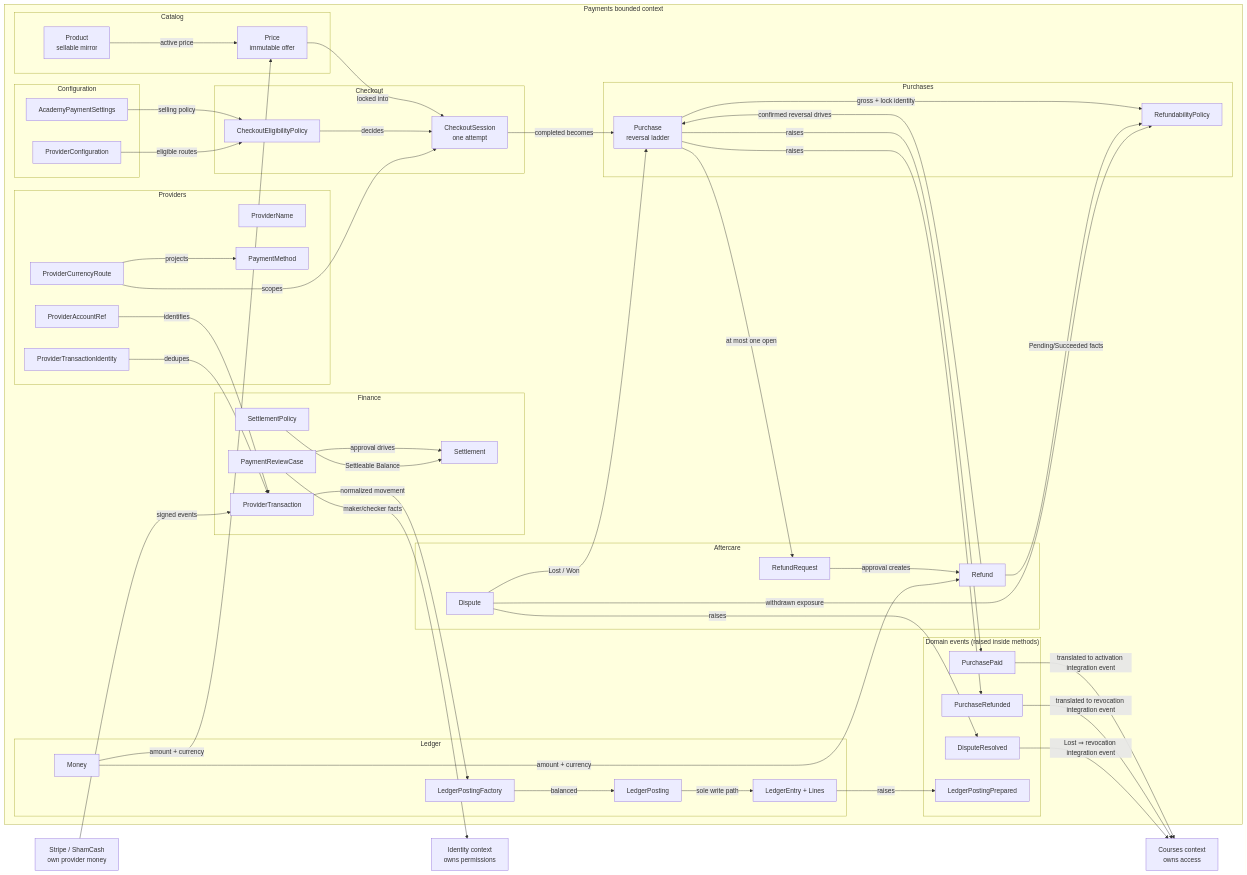
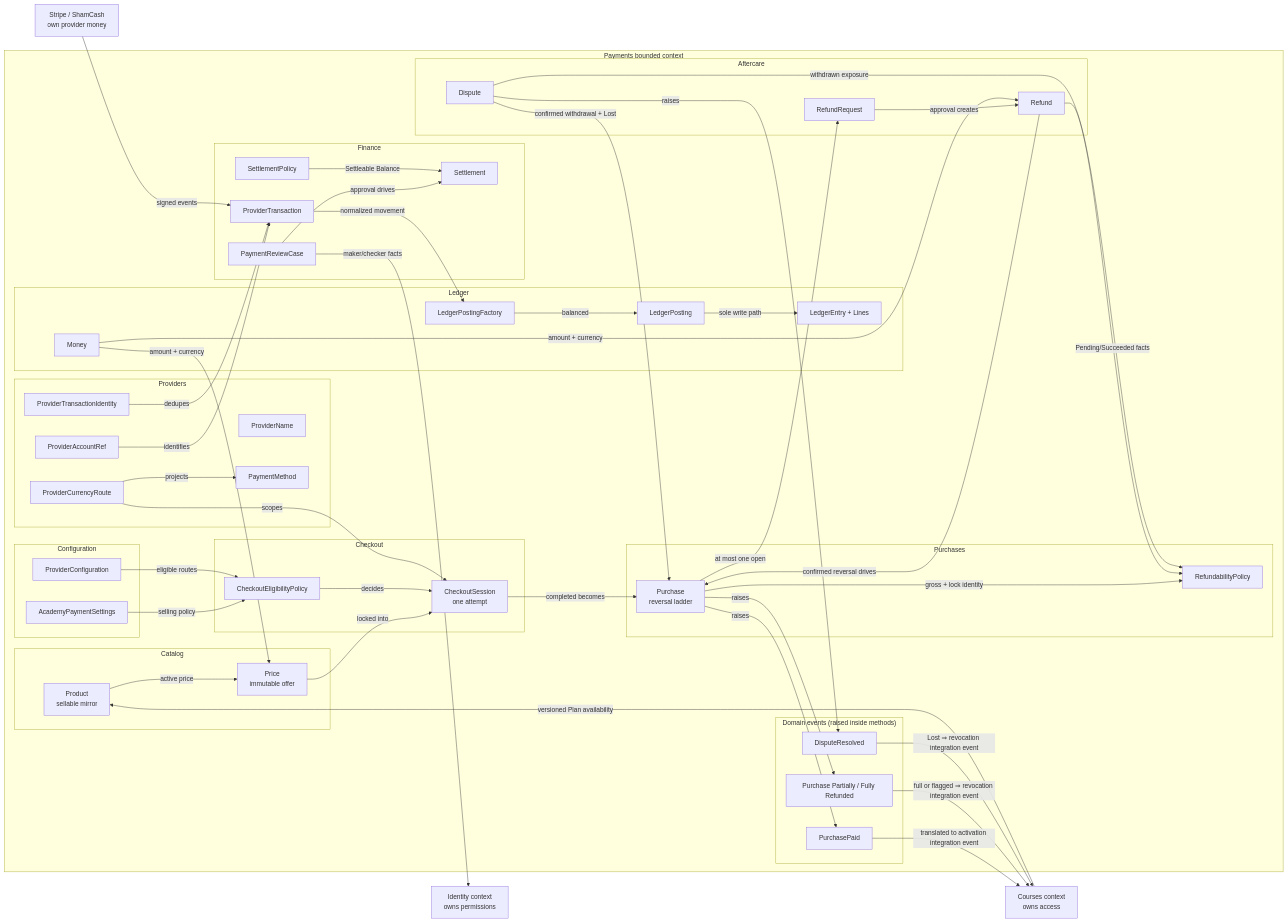
Before and after one commit to Azero77/alpha-zero: the diagram in plans/payments/ConceptualModel.md, drawn with Mermaid. The commit also changed other lines of this file, not shown here.

````diff
--- a/plans/payments/ConceptualModel.md
+++ b/plans/payments/ConceptualModel.md
@@ -80,9 +80,8 @@
     end
     subgraph Evt["Domain events (raised inside methods)"]
       EPaid["PurchasePaid"]
-      ERef["PurchaseRefunded"]
+      ERef["Purchase Partially / Fully Refunded"]
       EDisp["DisputeResolved"]
-      EPost["LedgerPostingPrepared"]
     end
   end
 
@@ -95,7 +94,7 @@
   Purchase -->|"at most one open"| Request
   Request -->|"approval creates"| Refund
   Refund -->|"confirmed reversal drives"| Purchase
-  Dispute -->|"Lost / Won"| Purchase
+  Dispute -->|"confirmed withdrawal + Lost"| Purchase
   Purchase -->|"gross + lock identity"| RefPol
   Refund -->|"Pending/Succeeded facts"| RefPol
   Dispute -->|"withdrawn exposure"| RefPol
@@ -113,14 +112,14 @@
   Purchase -->|"raises"| EPaid
   Purchase -->|"raises"| ERef
   Dispute -->|"raises"| EDisp
-  Entry -->|"raises"| EPost
 
   Courses["Courses context<br/>owns access"]
   Identity["Identity context<br/>owns permissions"]
   Stripe["Stripe / ShamCash<br/>own provider money"]
   EPaid -->|"translated to activation integration event"| Courses
-  ERef -->|"translated to revocation integration event"| Courses
+  ERef -->|"full or flagged ⇒ revocation integration event"| Courses
   EDisp -->|"Lost ⇒ revocation integration event"| Courses
   Review -->|"maker/checker facts"| Identity
   Stripe -->|"signed events"| PTrans
+  Courses -->|"versioned Plan availability"| Product
 ```
````
